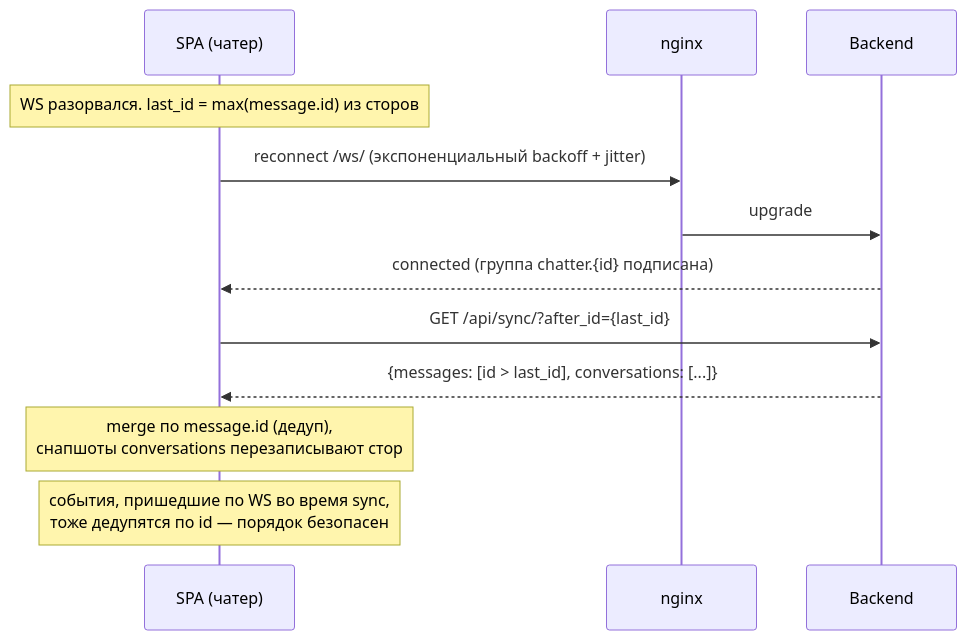
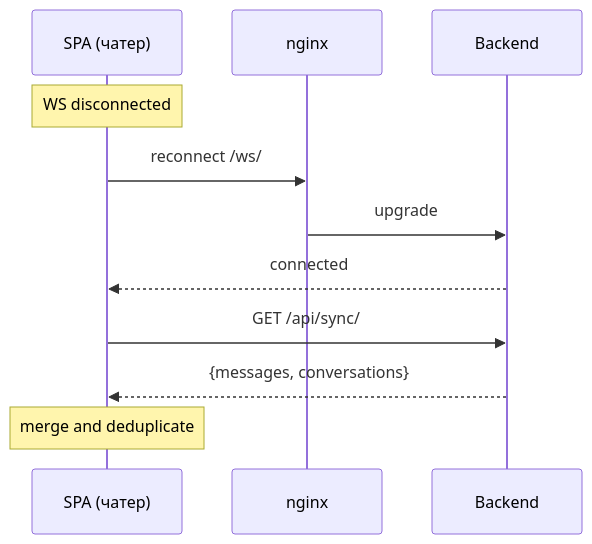
One commit to vladzsh/justfans-spec changed the fifth of 5 diagrams in changes/add-chatter-crm/design.md. Above: the diagram before and after it, drawn with Mermaid. The commit also changed other lines of this file, not shown here.

Commit message:
docs: simplify sequence diagrams

````diff
--- a/changes/add-chatter-crm/design.md
+++ b/changes/add-chatter-crm/design.md
@@ -250,15 +252,14 @@
 ```mermaid
 sequenceDiagram
     participant C as SPA (чатер)
     participant N as nginx
     participant B as Backend
 
-    Note over C: WS разорвался. last_id = max(message.id) из сторов
-    C->>N: reconnect /ws/ (экспоненциальный backoff + jitter)
+    Note over C: WS disconnected
+    C->>N: reconnect /ws/
     N->>B: upgrade
-    B-->>C: connected (группа chatter.{id} подписана)
-    C->>B: GET /api/sync/?after_id={last_id}
-    B-->>C: {messages: [id > last_id], conversations: [...]}
-    Note over C: merge по message.id (дедуп),<br/>снапшоты conversations перезаписывают стор
-    Note over C: события, пришедшие по WS во время sync,<br/>тоже дедупятся по id — порядок безопасен
+    B-->>C: connected
+    C->>B: GET /api/sync/
+    B-->>C: {messages, conversations}
+    Note over C: merge and deduplicate
 ```
````
